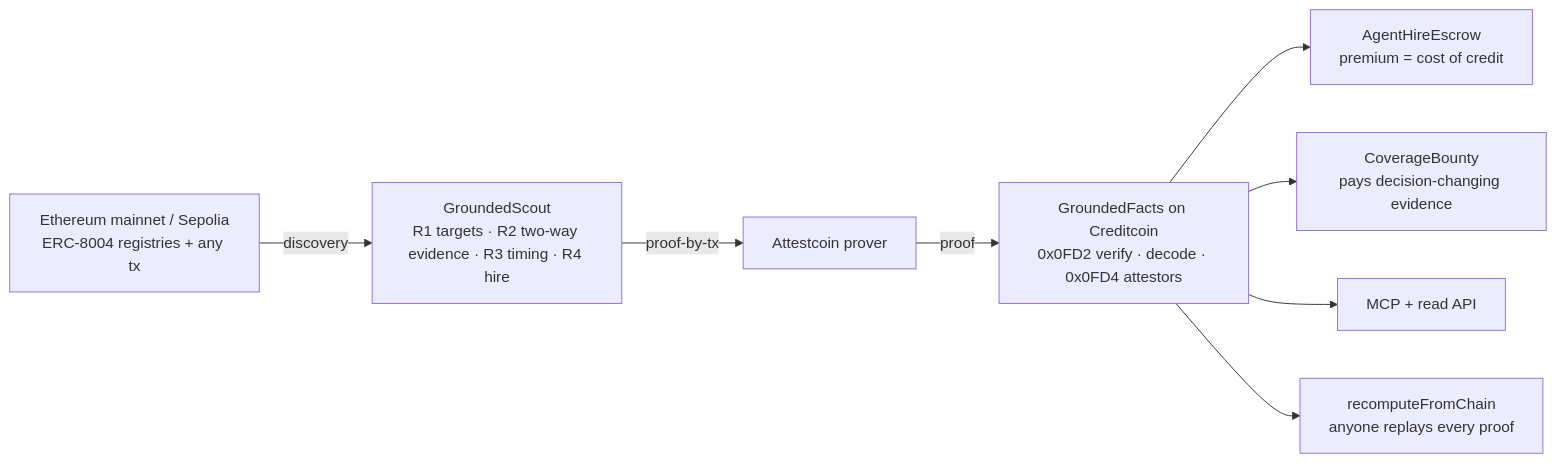
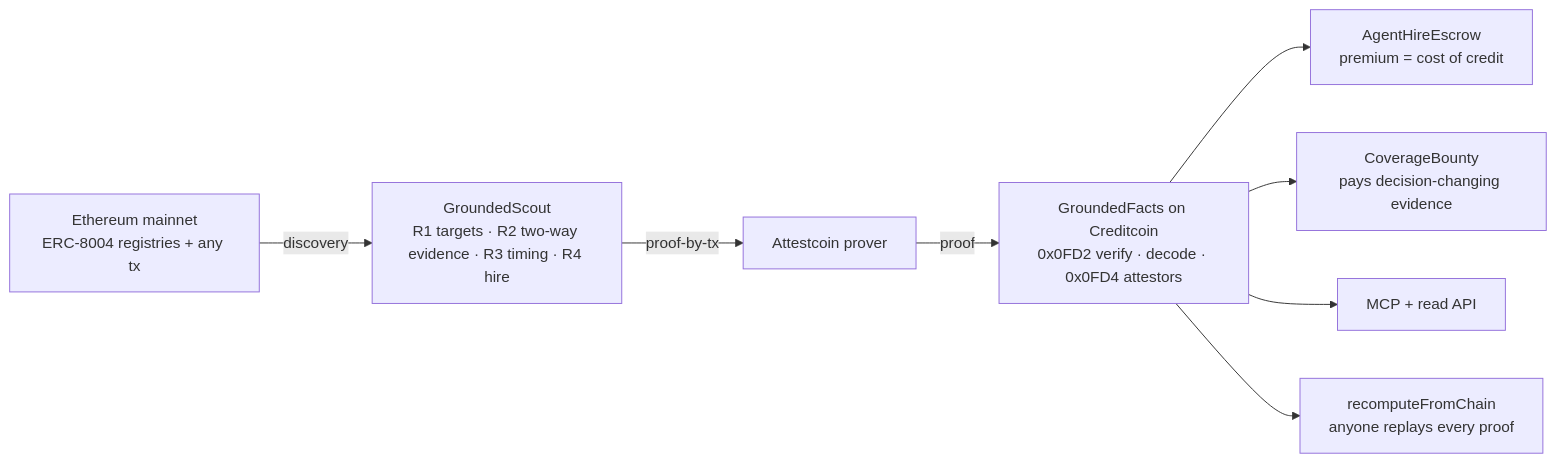
One commit to k3cs/TinjauAI changed the diagram in README.md. Above: the diagram before and after it, drawn with Mermaid. The commit also changed other lines of this file and 10 other files, not shown here.

````diff
--- a/README.md
+++ b/README.md
@@ -25,10 +29,10 @@
 ```mermaid
 flowchart LR
-  A[Ethereum mainnet / Sepolia<br/>ERC-8004 registries + any tx] -->|discovery| S[GroundedScout<br/>R1 targets · R2 two-way evidence · R3 timing · R4 hire]
+  A[Ethereum mainnet<br/>ERC-8004 registries + any tx] -->|discovery| S[GroundedScout<br/>R1 targets · R2 two-way evidence · R3 timing · R4 hire]
   S -->|proof-by-tx| P[Attestcoin prover]
   P -->|proof| G[GroundedFacts on Creditcoin<br/>0x0FD2 verify · decode · 0x0FD4 attestors]
   G --> E[AgentHireEscrow<br/>premium = cost of credit]
   G --> B[CoverageBounty<br/>pays decision-changing evidence]
   G --> M[MCP + read API]
   G --> V[recomputeFromChain<br/>anyone replays every proof]
 ```
````
